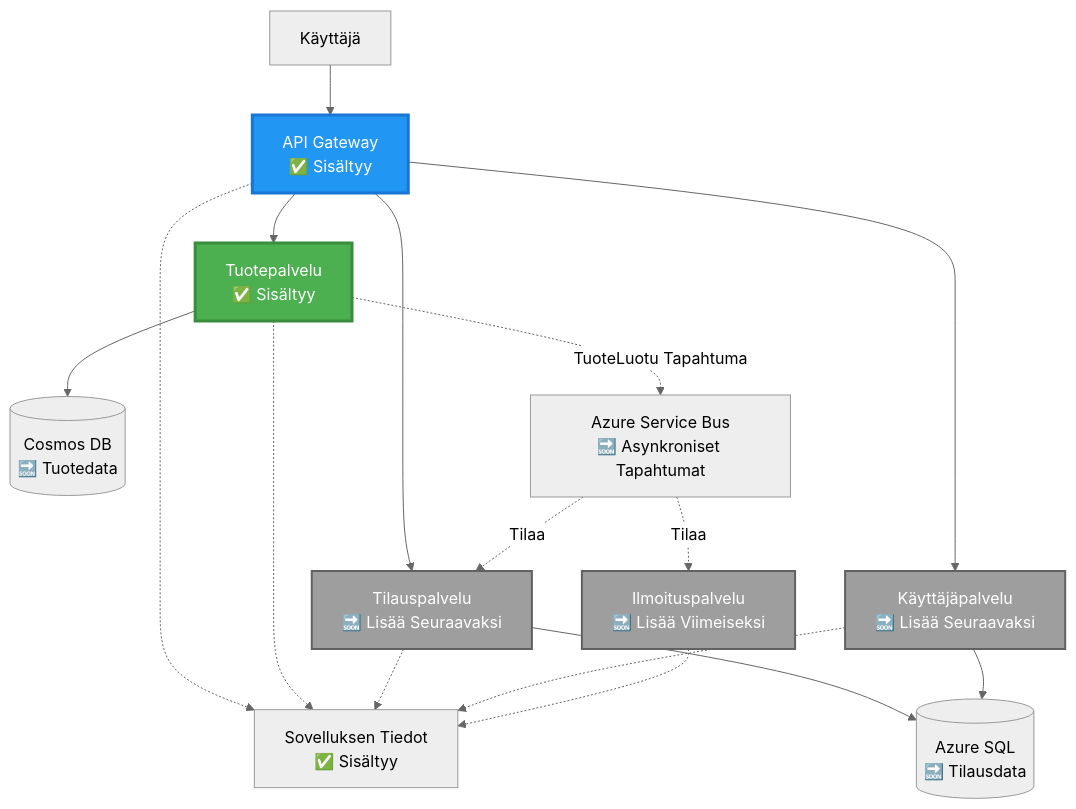
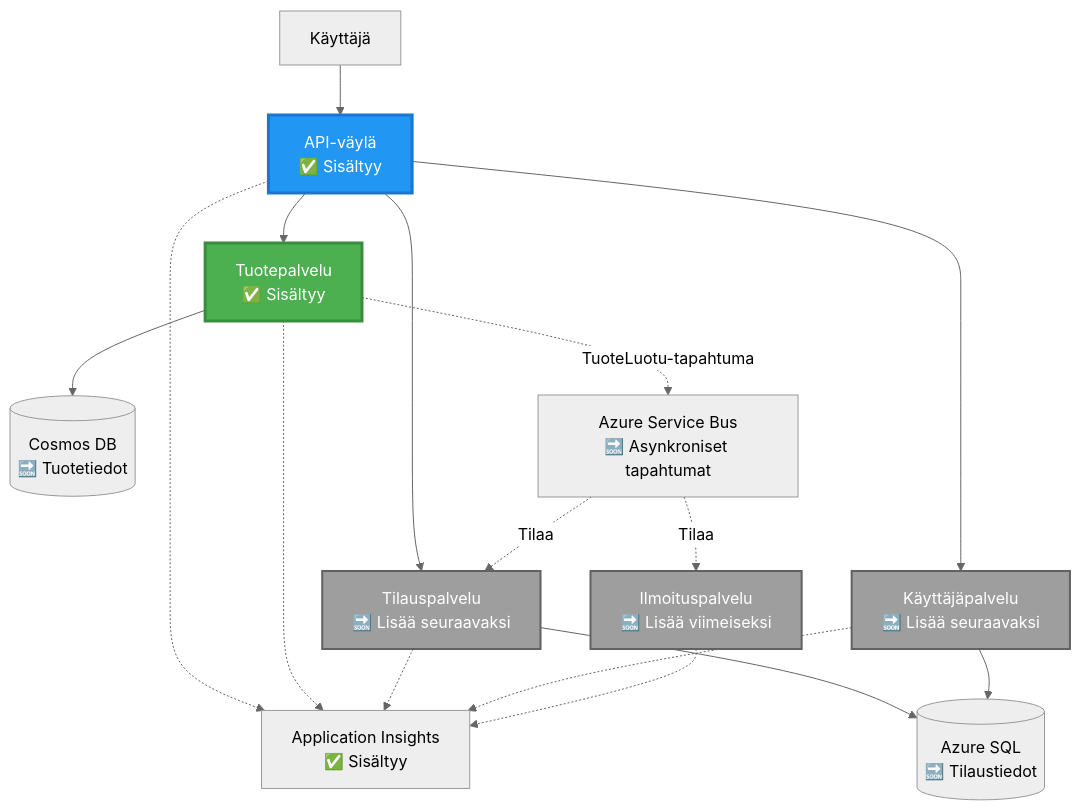
Before and after one commit to microsoft/AZD-for-beginners: the second of 4 diagrams in translations/fi/examples/microservices/README.md, drawn with Mermaid (neutral theme). The commit also changed other lines of this file and 242 other files, not shown here.

````diff
--- a/translations/fi/examples/microservices/README.md
+++ b/translations/fi/examples/microservices/README.md
@@ -78,39 +69,39 @@
 ```mermaid
 graph TB
     User[Käyttäjä]
-    Gateway[API Gateway<br/>✅ Sisältyy]
+    Gateway[API-väylä<br/>✅ Sisältyy]
     Product[Tuotepalvelu<br/>✅ Sisältyy]
-    Order[Tilauspalvelu<br/>🔜 Lisää Seuraavaksi]
-    UserSvc[Käyttäjäpalvelu<br/>🔜 Lisää Seuraavaksi]
-    Notify[Ilmoituspalvelu<br/>🔜 Lisää Viimeiseksi]
+    Order[Tilauspalvelu<br/>🔜 Lisää seuraavaksi]
+    UserSvc[Käyttäjäpalvelu<br/>🔜 Lisää seuraavaksi]
+    Notify[Ilmoituspalvelu<br/>🔜 Lisää viimeiseksi]
     
-    CosmosDB[(Cosmos DB<br/>🔜 Tuotedata)]
-    AzureSQL[(Azure SQL<br/>🔜 Tilausdata)]
-    ServiceBus[Azure Service Bus<br/>🔜 Asynkroniset Tapahtumat]
-    AppInsights[Sovelluksen Tiedot<br/>✅ Sisältyy]
+    CosmosDB[(Cosmos DB<br/>🔜 Tuotetiedot)]
+    AzureSQL[(Azure SQL<br/>🔜 Tilaustiedot)]
+    ServiceBus[Azure Service Bus<br/>🔜 Asynkroniset tapahtumat]
+    AppInsights[Application Insights<br/>✅ Sisältyy]
     
     User --> Gateway
     Gateway --> Product
     Gateway --> Order
     Gateway --> UserSvc
     
     Product --> CosmosDB
     Order --> AzureSQL
     UserSvc --> AzureSQL
     
-    Product -.->|TuoteLuotu Tapahtuma| ServiceBus
+    Product -.->|TuoteLuotu-tapahtuma| ServiceBus
     ServiceBus -.->|Tilaa| Notify
     ServiceBus -.->|Tilaa| Order
     
     Gateway -.-> AppInsights
     Product -.-> AppInsights
     Order -.-> AppInsights
     UserSvc -.-> AppInsights
     Notify -.-> AppInsights
     
     style Product fill:#4CAF50,stroke:#388E3C,stroke-width:3px,color:#fff
     style Gateway fill:#2196F3,stroke:#1976D2,stroke-width:3px,color:#fff
     style Order fill:#9E9E9E,stroke:#616161,stroke-width:2px,color:#fff
     style UserSvc fill:#9E9E9E,stroke:#616161,stroke-width:2px,color:#fff
     style Notify fill:#9E9E9E,stroke:#616161,stroke-width:2px,color:#fff
 ```
````
